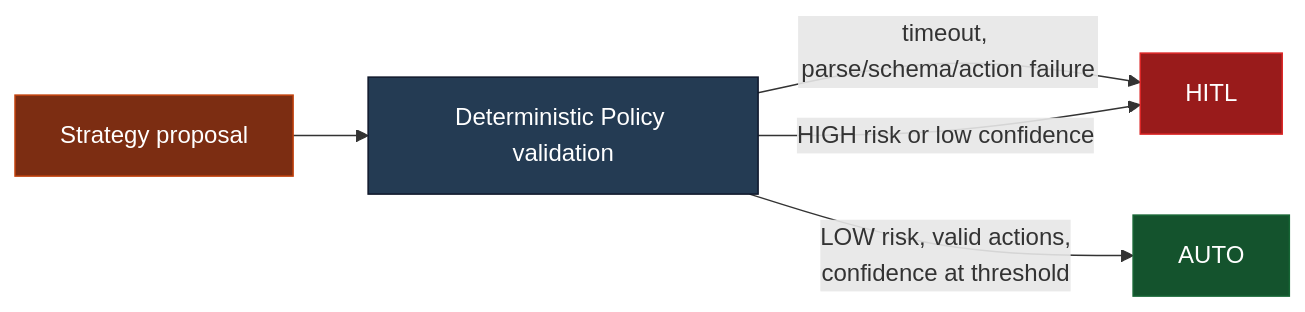
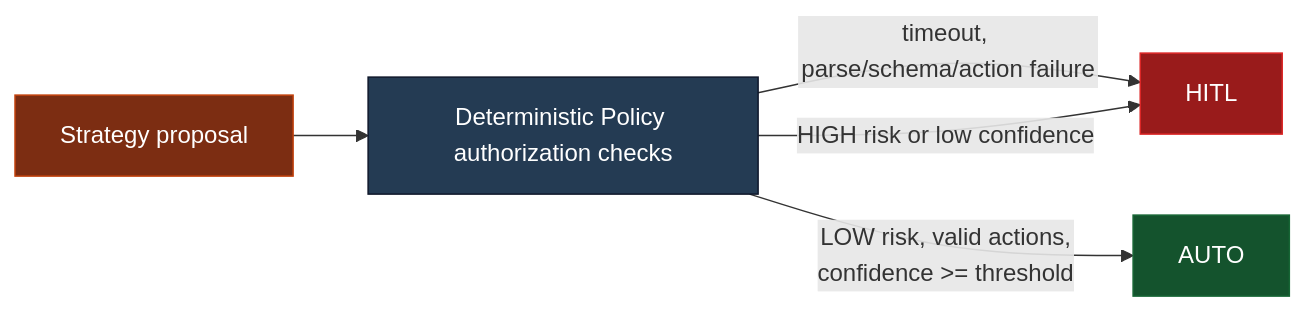
The third of 4 diagrams in docs/System_Design_and_Methodology.md (Spectre206/fyp-pipeline), drawn with Mermaid before and after one commit. The commit also changed other lines of this file and 14 other files, not shown here.

```diff
--- a/docs/System_Design_and_Methodology.md
+++ b/docs/System_Design_and_Methodology.md
@@ -290,16 +299,16 @@
 ~~~mermaid
 flowchart LR
     classDef proposal fill:#7c2d12,color:#fff,stroke:#c2410c
     classDef safety fill:#243b53,color:#fff,stroke:#0f172a
     classDef auto fill:#14532d,color:#fff,stroke:#166534
     classDef hitl fill:#991b1b,color:#fff,stroke:#dc2626
 
-    S[Strategy proposal] --> V[Deterministic Policy validation]
+    S[Strategy proposal] --> V[Deterministic Policy authorization checks]
     V -->|timeout, parse/schema/action failure| H[HITL]
     V -->|HIGH risk or low confidence| H
-    V -->|LOW risk, valid actions,<br/>confidence at threshold| A[AUTO]
+    V -->|LOW risk, valid actions,<br/>confidence >= threshold| A[AUTO]
     class S proposal
     class V safety
     class A auto
     class H hitl
 ~~~
```
